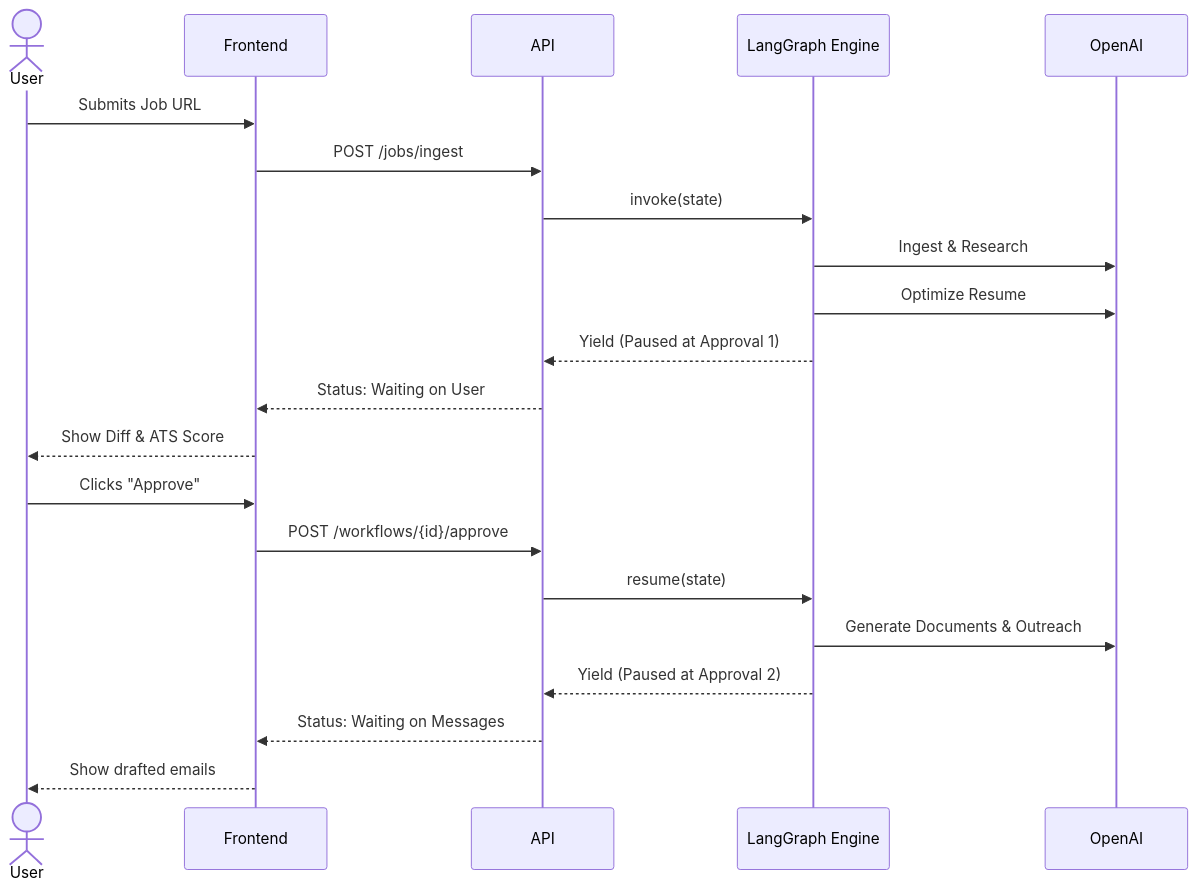
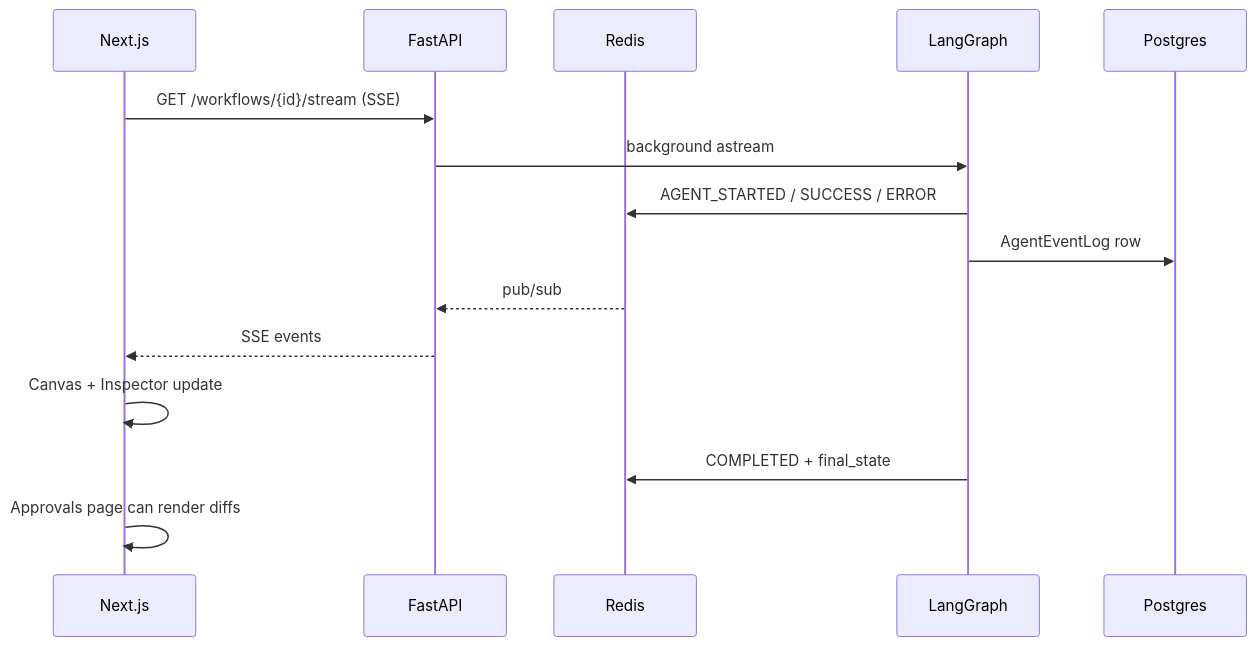
One commit to jaybhavsar555/ai-powered-job-application-assistance-app changed the second of 2 diagrams in docs/architecture_design.md. Above: the diagram before and after it, drawn with Mermaid. The commit also changed other lines of this file and 113 other files, not shown here.

````diff
--- a/docs/architecture_design.md
+++ b/docs/architecture_design.md
@@ -154,25 +136,18 @@
 ```mermaid
 sequenceDiagram
-    actor User
-    participant NextJS as Frontend
-    participant FastAPI as API
-    participant Graph as LangGraph Engine
-    participant LLM as OpenAI
-    
-    User->>NextJS: Submits Job URL
-    NextJS->>FastAPI: POST /jobs/ingest
-    FastAPI->>Graph: invoke(state)
-    Graph->>LLM: Ingest & Research
-    Graph->>LLM: Optimize Resume
-    Graph-->>FastAPI: Yield (Paused at Approval 1)
-    FastAPI-->>NextJS: Status: Waiting on User
-    NextJS-->>User: Show Diff & ATS Score
-    
-    User->>NextJS: Clicks "Approve"
-    NextJS->>FastAPI: POST /workflows/{id}/approve
-    FastAPI->>Graph: resume(state)
-    Graph->>LLM: Generate Documents & Outreach
-    Graph-->>FastAPI: Yield (Paused at Approval 2)
-    FastAPI-->>NextJS: Status: Waiting on Messages
-    NextJS-->>User: Show drafted emails
+    participant UI as Next.js
+    participant API as FastAPI
+    participant Bus as Redis
+    participant LG as LangGraph
+    participant DB as Postgres
+
+    UI->>API: GET /workflows/{id}/stream (SSE)
+    API->>LG: background astream
+    LG->>Bus: AGENT_STARTED / SUCCESS / ERROR
+    LG->>DB: AgentEventLog row
+    Bus-->>API: pub/sub
+    API-->>UI: SSE events
+    UI->>UI: Canvas + Inspector update
+    LG->>Bus: COMPLETED + final_state
+    UI->>UI: Approvals page can render diffs
 ```
````
